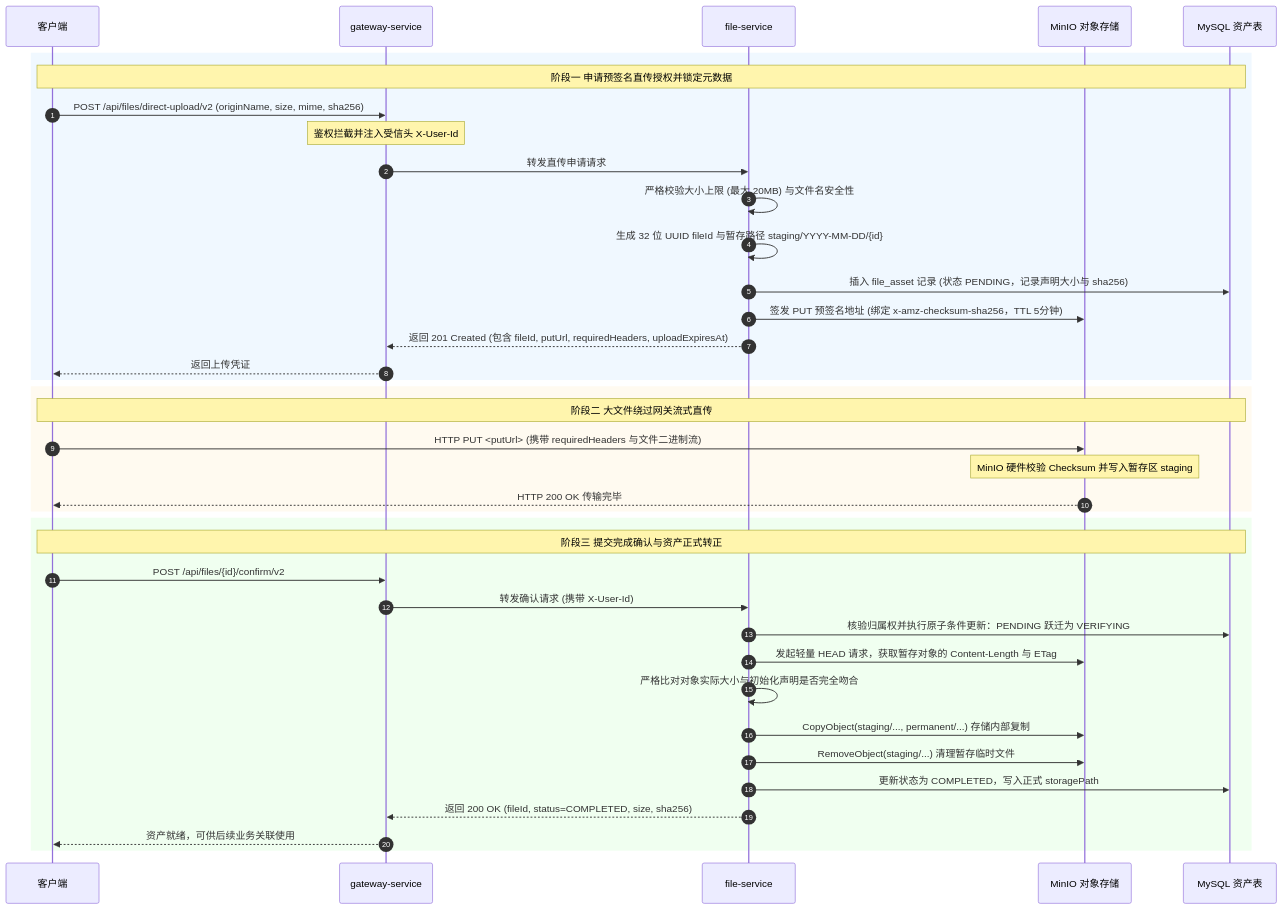
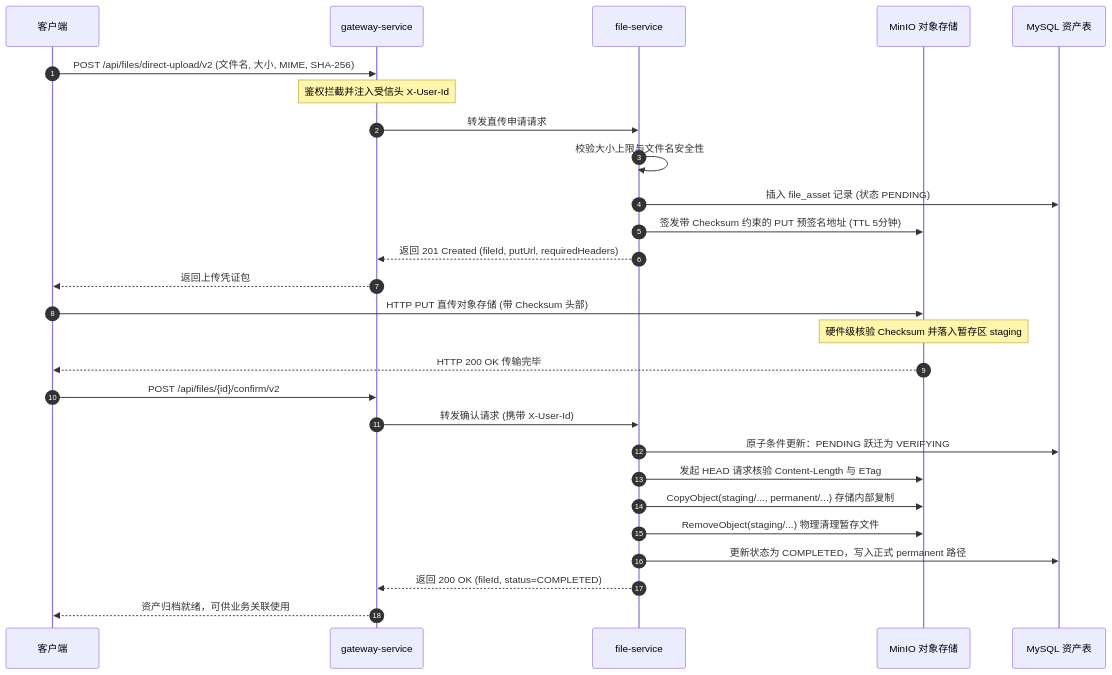
Before and after one commit to fank-c/media-platform-rebuild: the second of 3 diagrams in docs/flows/02-file-storage-direct-upload-flow.md, drawn with Mermaid. The commit also changed 4 other files, not shown here.

First line of the commit message:
docs(flows): 优化主线流程图深色模式对比度与时序图结构

````diff
--- a/docs/flows/02-file-storage-direct-upload-flow.md
+++ b/docs/flows/02-file-storage-direct-upload-flow.md
@@ -53,46 +53,35 @@
 ```mermaid
 sequenceDiagram
     autonumber
     participant Client as 客户端
     participant GW as gateway-service
     participant FS as file-service
     participant MinIO as MinIO 对象存储
     participant DB as MySQL 资产表
 
     %% 阶段一：初始化申请
-    rect rgb(240, 248, 255)
-    Note over Client,DB: 阶段一 申请预签名直传授权并锁定元数据
-    Client->>GW: POST /api/files/direct-upload/v2 (originName, size, mime, sha256)
+    Client->>GW: POST /api/files/direct-upload/v2 (文件名, 大小, MIME, SHA-256)
     Note over GW: 鉴权拦截并注入受信头 X-User-Id
     GW->>FS: 转发直传申请请求
-    FS->>FS: 严格校验大小上限 (最大 20MB) 与文件名安全性
-    FS->>FS: 生成 32 位 UUID fileId 与暂存路径 staging/YYYY-MM-DD/{id}
-    FS->>DB: 插入 file_asset 记录 (状态 PENDING，记录声明大小与 sha256)
-    FS->>MinIO: 签发 PUT 预签名地址 (绑定 x-amz-checksum-sha256，TTL 5分钟)
-    FS-->>GW: 返回 201 Created (包含 fileId, putUrl, requiredHeaders, uploadExpiresAt)
-    GW-->>Client: 返回上传凭证
-    end
+    FS->>FS: 校验大小上限与文件名安全性
+    FS->>DB: 插入 file_asset 记录 (状态 PENDING)
+    FS->>MinIO: 签发带 Checksum 约束的 PUT 预签名地址 (TTL 5分钟)
+    FS-->>GW: 返回 201 Created (fileId, putUrl, requiredHeaders)
+    GW-->>Client: 返回上传凭证包
 
     %% 阶段二：客户端直传
-    rect rgb(255, 250, 240)
-    Note over Client,DB: 阶段二 大文件绕过网关流式直传
-    Client->>MinIO: HTTP PUT <putUrl> (携带 requiredHeaders 与文件二进制流)
-    Note over MinIO: MinIO 硬件校验 Checksum 并写入暂存区 staging
+    Client->>MinIO: HTTP PUT 直传对象存储 (带 Checksum 头部)
+    Note over MinIO: 硬件级核验 Checksum 并落入暂存区 staging
     MinIO-->>Client: HTTP 200 OK 传输完毕
-    end
 
     %% 阶段三：完备性校验与原子转正
-    rect rgb(240, 255, 240)
-    Note over Client,DB: 阶段三 提交完成确认与资产正式转正
     Client->>GW: POST /api/files/{id}/confirm/v2
     GW->>FS: 转发确认请求 (携带 X-User-Id)
-    FS->>DB: 核验归属权并执行原子条件更新：PENDING 跃迁为 VERIFYING
-    FS->>MinIO: 发起轻量 HEAD 请求，获取暂存对象的 Content-Length 与 ETag
-    FS->>FS: 严格比对对象实际大小与初始化声明是否完全吻合
+    FS->>DB: 原子条件更新：PENDING 跃迁为 VERIFYING
+    FS->>MinIO: 发起 HEAD 请求核验 Content-Length 与 ETag
     FS->>MinIO: CopyObject(staging/..., permanent/...) 存储内部复制
-    FS->>MinIO: RemoveObject(staging/...) 清理暂存临时文件
-    FS->>DB: 更新状态为 COMPLETED，写入正式 storagePath
-    FS-->>GW: 返回 200 OK (fileId, status=COMPLETED, size, sha256)
-    GW-->>Client: 资产就绪，可供后续业务关联使用
-    end
+    FS->>MinIO: RemoveObject(staging/...) 物理清理暂存文件
+    FS->>DB: 更新状态为 COMPLETED，写入正式 permanent 路径
+    FS-->>GW: 返回 200 OK (fileId, status=COMPLETED)
+    GW-->>Client: 资产归档就绪，可供业务关联使用
 ```
````
